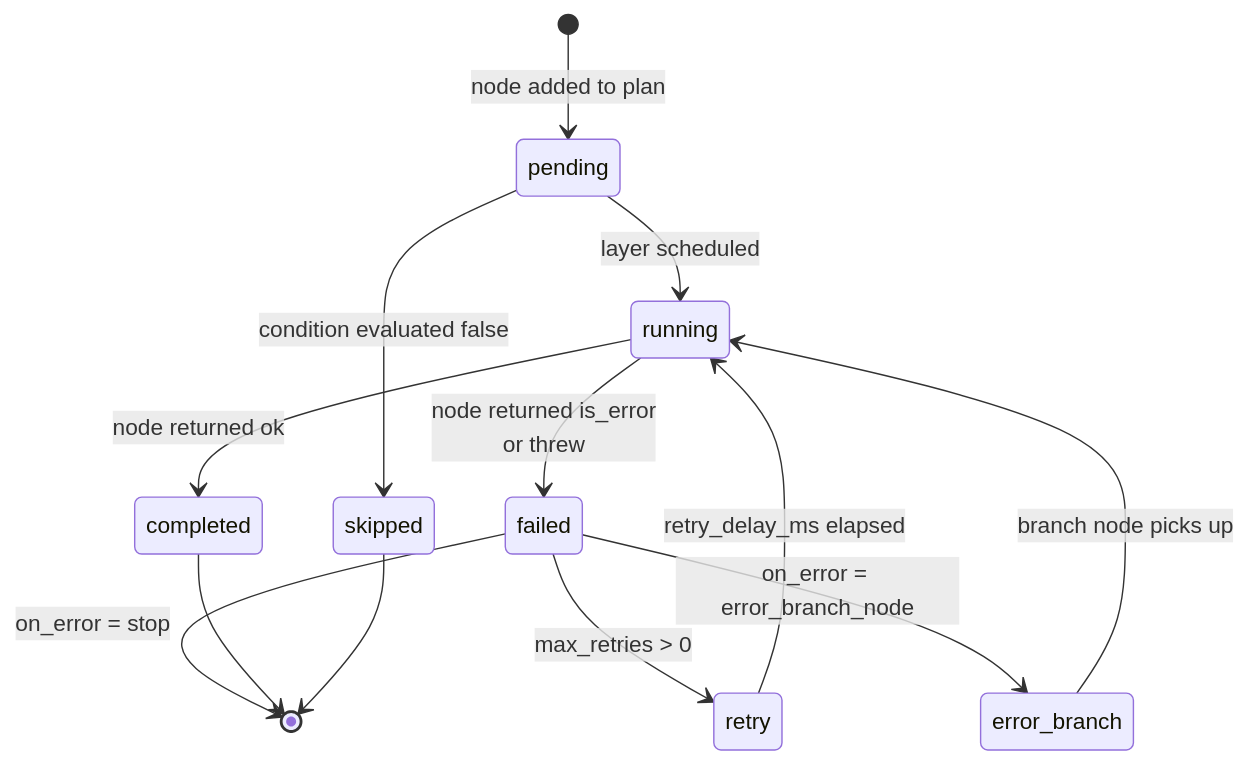
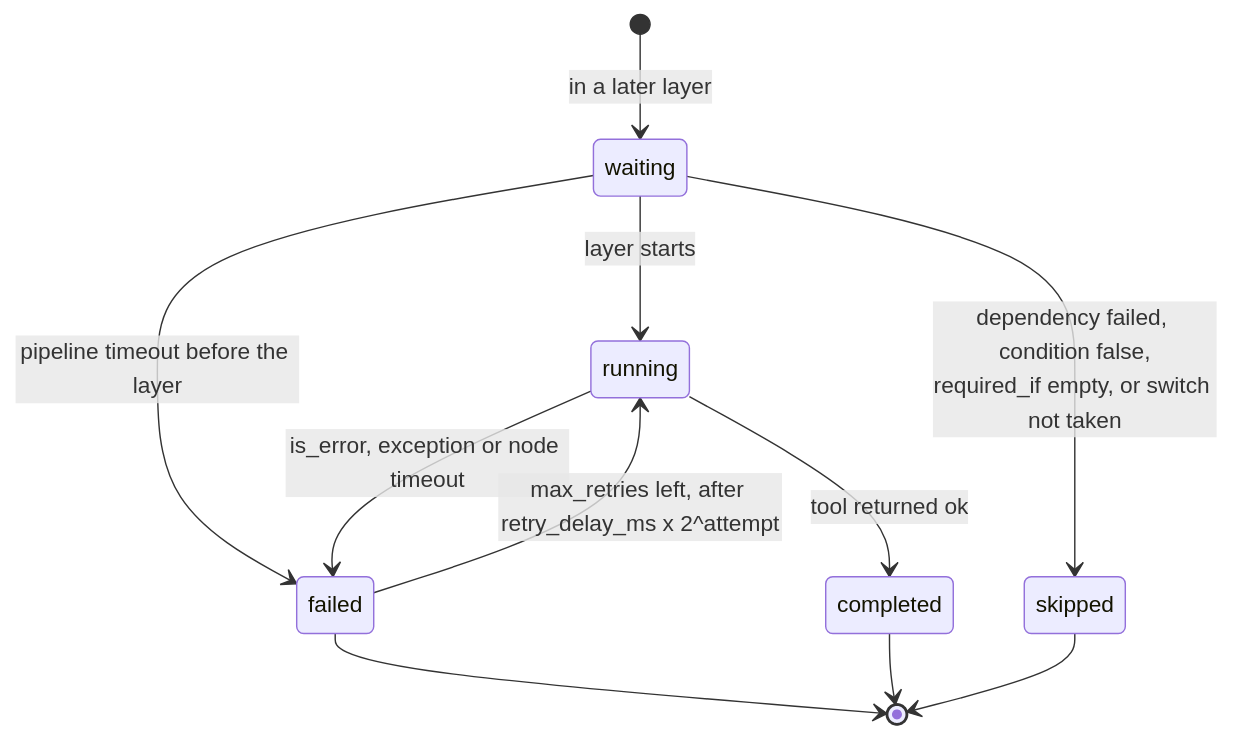
Before and after one commit to sarkar4777/abenix: the third of 5 diagrams in apps/web/public/dev-docs/02-runtime/09-state-machines.md, drawn with Mermaid. The commit also changed other lines of this file and 288 other files, not shown here.

````diff
--- a/apps/web/public/dev-docs/02-runtime/09-state-machines.md
+++ b/apps/web/public/dev-docs/02-runtime/09-state-machines.md
@@ -137,15 +148,13 @@
 ```mermaid
 stateDiagram-v2
-  [*] --> pending: node added to plan
-  pending --> running: layer scheduled
-  pending --> skipped: condition evaluated false
-  running --> completed: node returned ok
-  running --> failed: node returned is_error<br/>or threw
-  failed --> retry: max_retries > 0
-  retry --> running: retry_delay_ms elapsed
-  failed --> error_branch: on_error = error_branch_node
-  error_branch --> running: branch node picks up
-  failed --> [*]: on_error = stop
+  [*] --> waiting: in a later layer
+  waiting --> skipped: dependency failed, condition false,<br/>required_if empty, or switch not taken
+  waiting --> running: layer starts
+  waiting --> failed: pipeline timeout before the layer
+  running --> completed: tool returned ok
+  running --> failed: is_error, exception or node timeout
+  failed --> running: max_retries left, after retry_delay_ms x 2^attempt
+  failed --> [*]
   completed --> [*]
   skipped --> [*]
 ```
````
